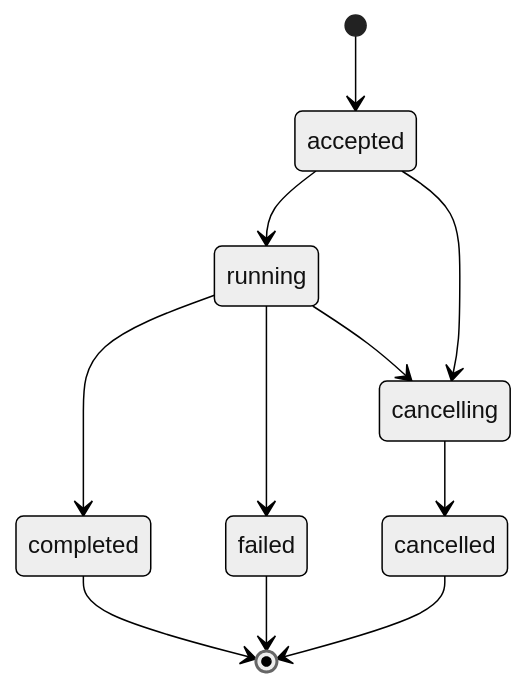
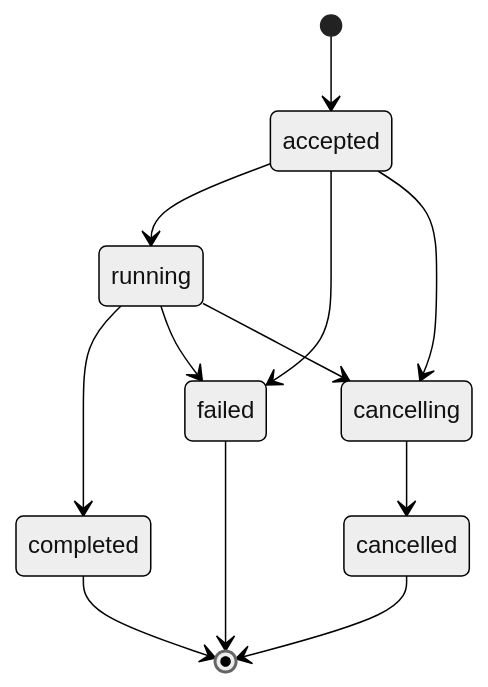
The diagram in docs/specifications/07-state-and-lifecycle.md (lumensparkxy/conversational-bigquery-android), drawn with Mermaid (neutral theme) before and after one commit. The commit also changed other lines of this file and 15 other files, not shown here.

````diff
--- a/docs/specifications/07-state-and-lifecycle.md
+++ b/docs/specifications/07-state-and-lifecycle.md
@@ -15,13 +15,14 @@
 ```mermaid
 stateDiagram-v2
   [*] --> accepted
   accepted --> running
+  accepted --> failed
   running --> completed
   running --> failed
   accepted --> cancelling
   running --> cancelling
   cancelling --> cancelled
   completed --> [*]
   failed --> [*]
   cancelled --> [*]
 ```
````
